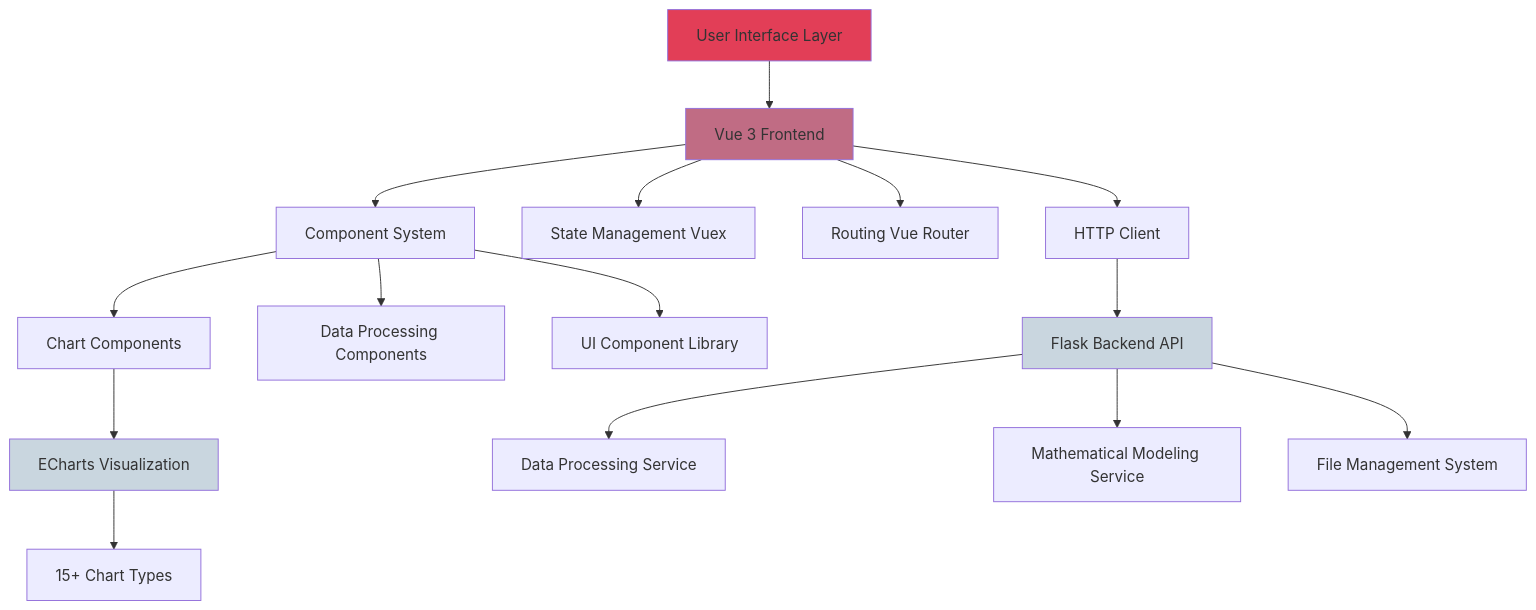
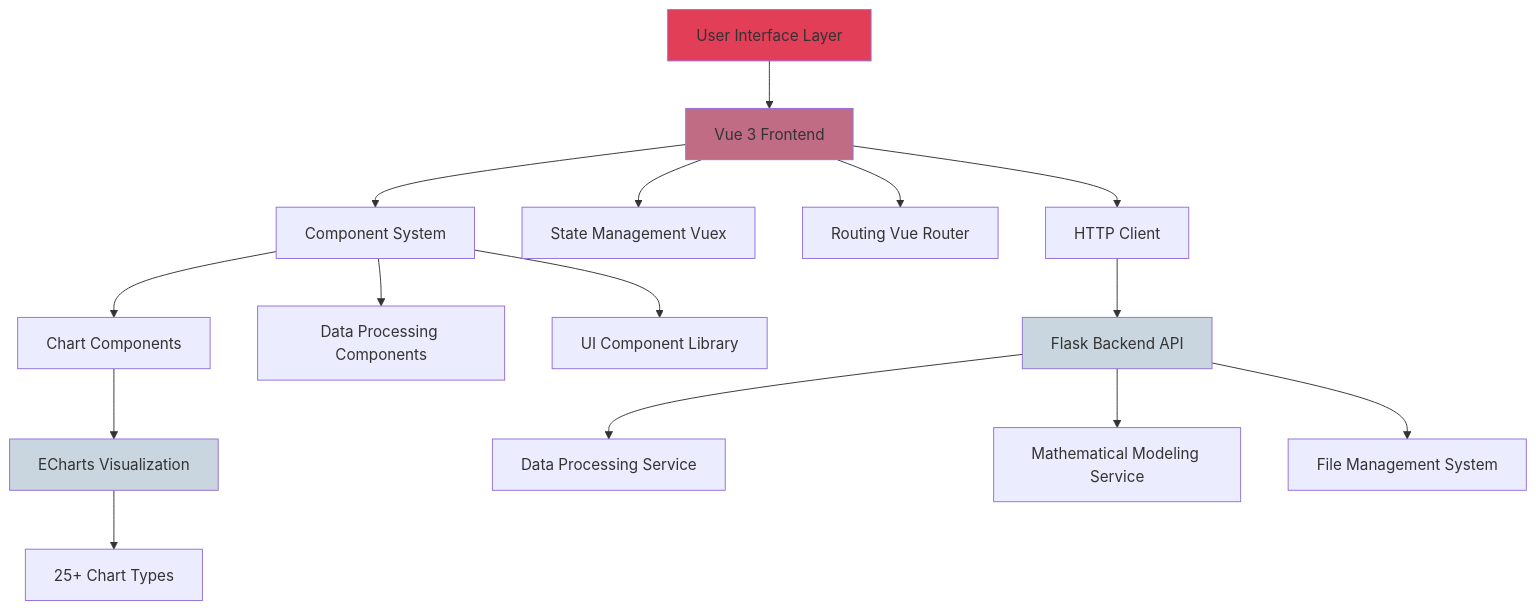
The diagram in README.md (TiiJeiJ8/AetherLab), drawn with Mermaid before and after one commit. The commit also changed other lines of this file, not shown here.

````diff
--- a/README.md
+++ b/README.md
@@ -11,26 +11,26 @@
 ```mermaid
 graph TB
     A[User Interface Layer] --> B[Vue 3 Frontend]
     B --> C[Component System]
     B --> D[State Management Vuex]
     B --> E[Routing Vue Router]
     
     C --> F[Chart Components]
     C --> G[Data Processing Components]
     C --> H[UI Component Library]
     
     F --> I[ECharts Visualization]
-    I --> J[15+ Chart Types]
+    I --> J[25+ Chart Types]
     
     B --> K[HTTP Client]
     K --> L[Flask Backend API]
     L --> M[Data Processing Service]
     L --> N[Mathematical Modeling Service]
     L --> O[File Management System]
     
     style A fill:#e23e57
     style B fill:#c06c84
     style I fill:#c9d6df
     style L fill:#c9d6df
 
 ```
````
